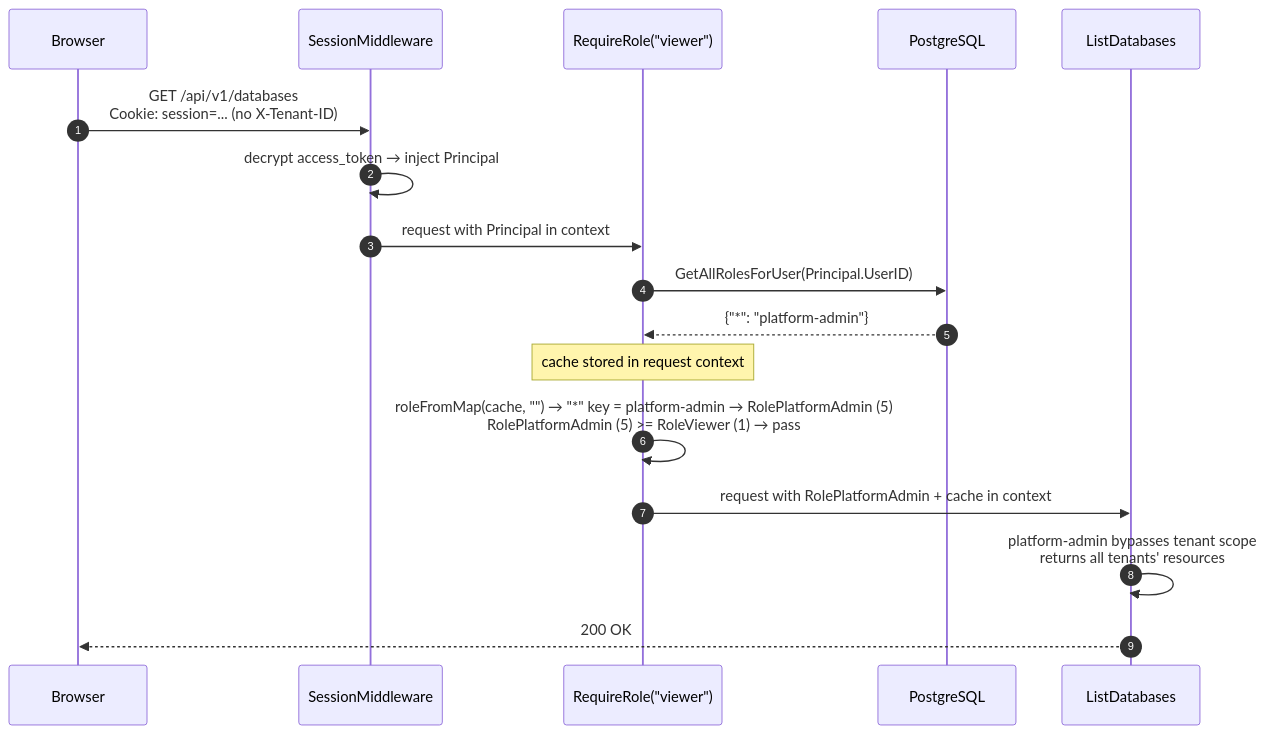
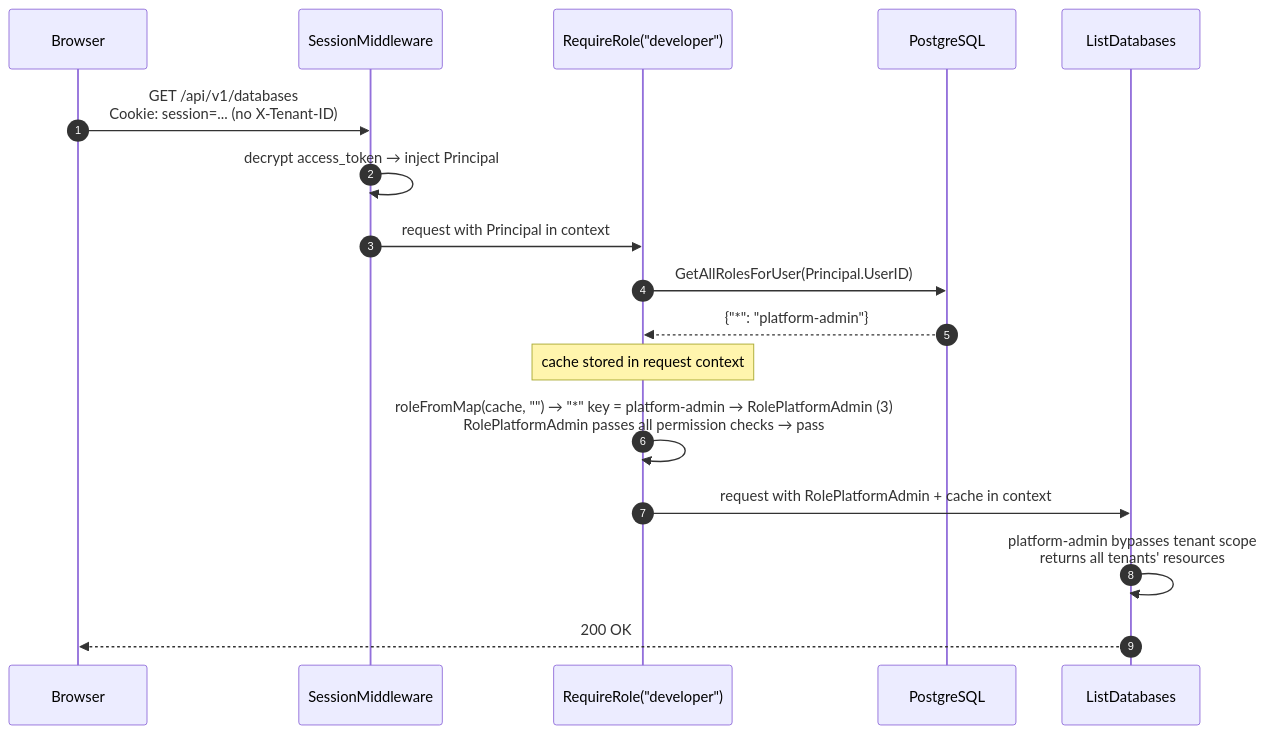
Before and after one commit to aripermana-putra/ucp-docs-collection: the fifth of 5 diagrams in docs/projects/universal-control-plane-ucp/pocs/rbac/implementation.md, drawn with Mermaid. The commit also changed other lines of this file and 1 other file, not shown here.

````diff
--- a/docs/projects/universal-control-plane-ucp/pocs/rbac/implementation.md
+++ b/docs/projects/universal-control-plane-ucp/pocs/rbac/implementation.md
@@ -404,24 +433,24 @@
 ```mermaid
 sequenceDiagram
     autonumber
 
     participant Browser
     participant Session as SessionMiddleware
-    participant Middleware as RequireRole("viewer")
+    participant Middleware as RequireRole("developer")
     participant DB as PostgreSQL
     participant Handler as ListDatabases
 
     Browser->>Session: GET /api/v1/databases<br/>Cookie: session=... (no X-Tenant-ID)
     Session->>Session: decrypt access_token → inject Principal
     Session->>Middleware: request with Principal in context
 
     Middleware->>DB: GetAllRolesForUser(Principal.UserID)
     DB-->>Middleware: {"*": "platform-admin"}
     Note over Middleware: cache stored in request context
 
-    Middleware->>Middleware: roleFromMap(cache, "") → "*" key = platform-admin → RolePlatformAdmin (5)<br/>RolePlatformAdmin (5) >= RoleViewer (1) → pass
+    Middleware->>Middleware: roleFromMap(cache, "") → "*" key = platform-admin → RolePlatformAdmin (3)<br/>RolePlatformAdmin passes all permission checks → pass
 
     Middleware->>Handler: request with RolePlatformAdmin + cache in context
     Handler->>Handler: platform-admin bypasses tenant scope<br/>returns all tenants' resources
     Handler-->>Browser: 200 OK
 ```
````
